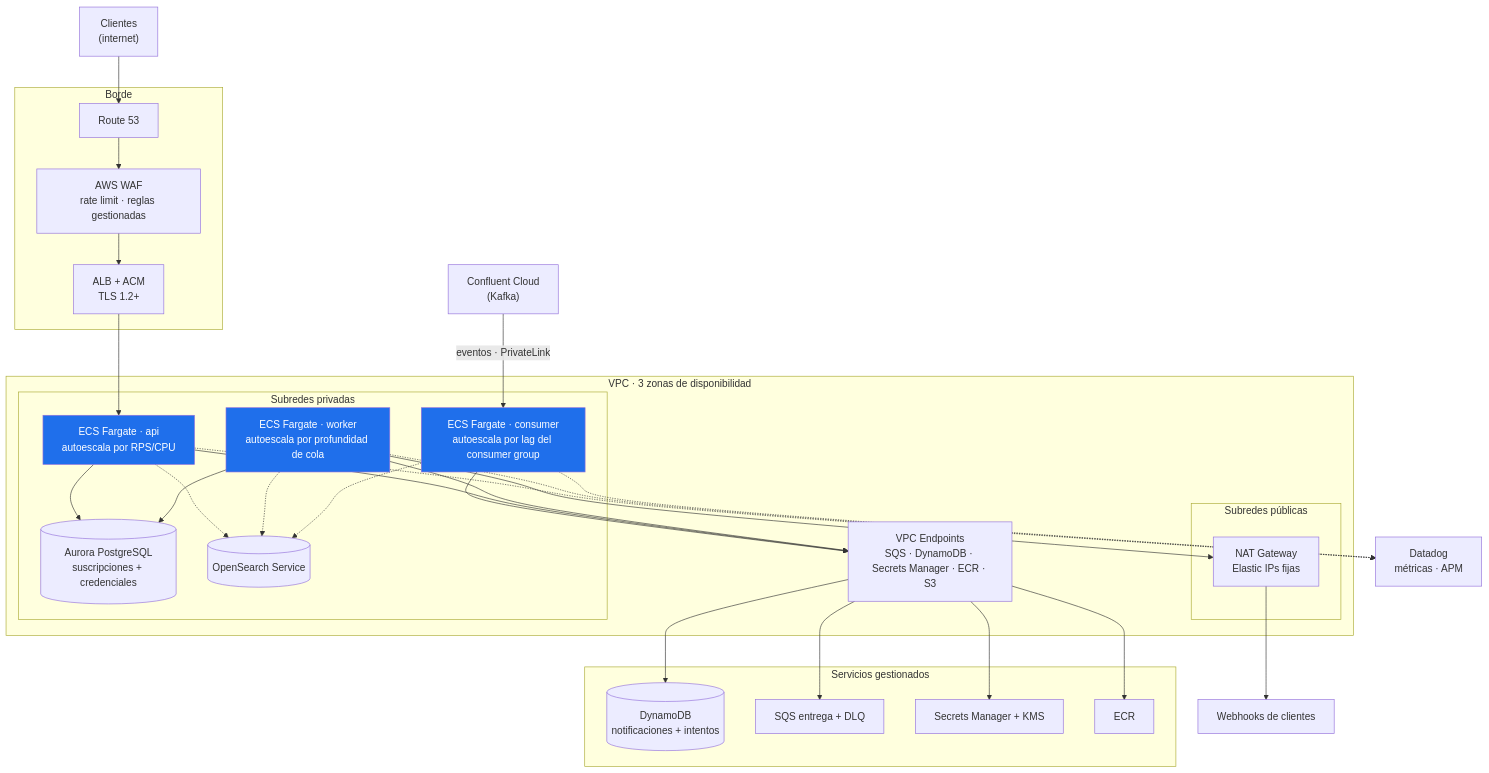
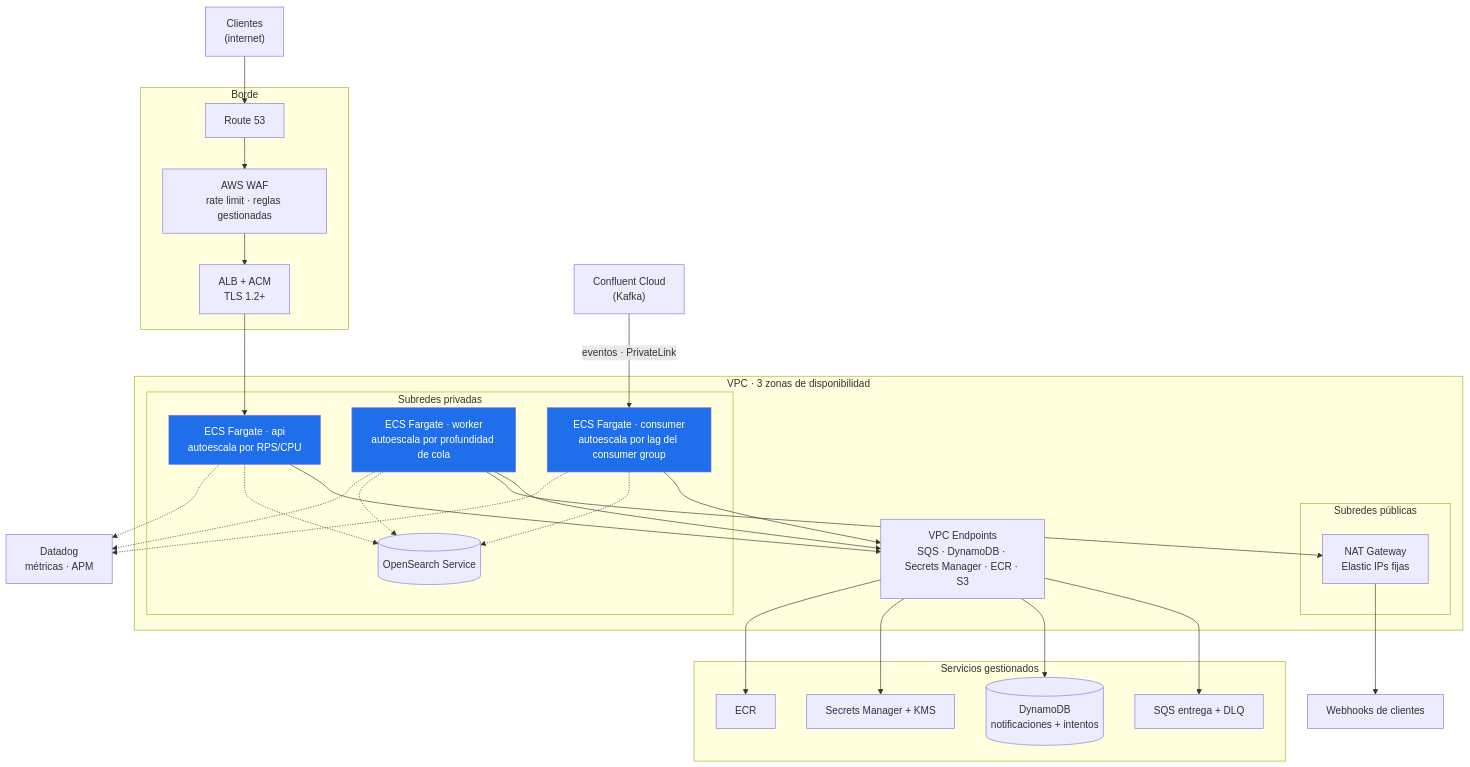
One commit to ssalaza7/cobre-notification-delivery changed the sixth of 6 diagrams in docs/01-diseno-del-sistema.md. Above: the diagram before and after it, drawn with Mermaid. The commit also changed other lines of this file and 44 other files, not shown here.

````diff
--- a/docs/01-diseno-del-sistema.md
+++ b/docs/01-diseno-del-sistema.md
@@ -419,57 +418,54 @@
 ```mermaid
 flowchart TB
     users["Clientes<br/>(internet)"]
 
     subgraph edge["Borde"]
         r53["Route 53"]
         waf["AWS WAF<br/>rate limit · reglas gestionadas"]
         alb["ALB + ACM<br/>TLS 1.2+"]
     end
 
     subgraph vpc["VPC · 3 zonas de disponibilidad"]
         subgraph pub["Subredes públicas"]
             nat["NAT Gateway<br/>Elastic IPs fijas"]
         end
         subgraph priv["Subredes privadas"]
             api["ECS Fargate · api<br/>autoescala por RPS/CPU"]
             worker["ECS Fargate · worker<br/>autoescala por profundidad de cola"]
             consumer["ECS Fargate · consumer<br/>autoescala por lag del consumer group"]
-            aurora[("Aurora PostgreSQL<br/>suscripciones + credenciales")]
             os[("OpenSearch Service")]
         end
         vpce["VPC Endpoints<br/>SQS · DynamoDB · Secrets Manager · ECR · S3"]
     end
 
     subgraph aws["Servicios gestionados"]
         ddb[("DynamoDB<br/>notificaciones + intentos")]
         sqs["SQS entrega + DLQ"]
         sm["Secrets Manager + KMS"]
         ecr["ECR"]
     end
 
     confluent["Confluent Cloud<br/>(Kafka)"]
     hooks["Webhooks de clientes"]
     dd["Datadog<br/>métricas · APM"]
 
     users --> r53 --> waf --> alb --> api
     confluent -- "eventos · PrivateLink" --> consumer
     consumer --> vpce
-    api --> aurora
-    worker --> aurora
     api --> vpce --> sqs
     worker --> vpce
     vpce --> ddb
     vpce --> sm
     vpce --> ecr
     worker --> nat --> hooks
     api -.-> os
     worker -.-> os
     consumer -.-> os
     api -.-> dd
     worker -.-> dd
     consumer -.-> dd
 
     style api fill:#1f6feb,color:#fff
     style worker fill:#1f6feb,color:#fff
     style consumer fill:#1f6feb,color:#fff
 ```
````
